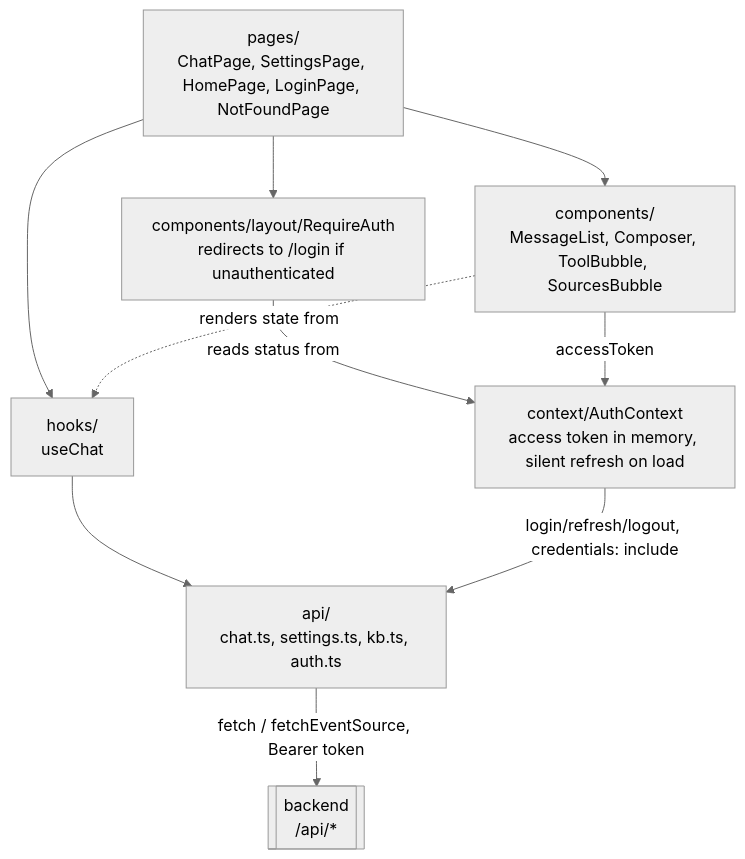
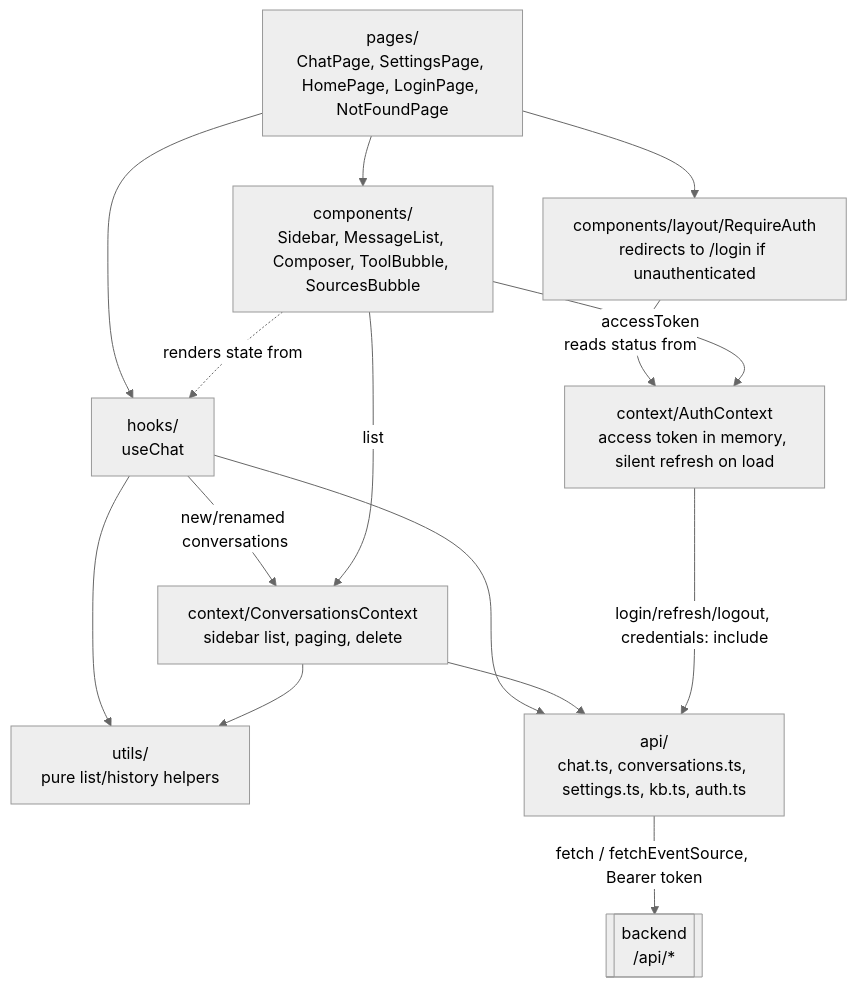
One commit to hadifar/rag changed the fourth of 5 diagrams in docs/architecture.md. Above: the diagram before and after it, drawn with Mermaid (neutral theme). The commit also changed other lines of this file and 16 other files, not shown here.

````diff
--- a/docs/architecture.md
+++ b/docs/architecture.md
@@ -117,20 +117,27 @@
 ```mermaid
 graph TD
     pages["pages/<br/>ChatPage, SettingsPage, HomePage, LoginPage, NotFoundPage"]
     guard["components/layout/RequireAuth<br/>redirects to /login if unauthenticated"]
     authctx["context/AuthContext<br/>access token in memory, silent refresh on load"]
+    convctx["context/ConversationsContext<br/>sidebar list, paging, delete"]
     hooks["hooks/<br/>useChat"]
-    apiclient["api/<br/>chat.ts, settings.ts, kb.ts, auth.ts"]
-    components["components/<br/>MessageList, Composer, ToolBubble, SourcesBubble"]
+    utils["utils/<br/>pure list/history helpers"]
+    apiclient["api/<br/>chat.ts, conversations.ts, settings.ts, kb.ts, auth.ts"]
+    components["components/<br/>Sidebar, MessageList, Composer, ToolBubble, SourcesBubble"]
     backend[["backend<br/>/api/*"]]
 
     guard -->|reads status from| authctx
     pages --> guard
     pages --> hooks
     pages --> components
     hooks --> apiclient
+    hooks -->|new/renamed conversations| convctx
+    hooks --> utils
+    convctx --> apiclient
+    convctx --> utils
+    components -->|list| convctx
     components -->|accessToken| authctx
     components -.->|renders state from| hooks
     apiclient -->|fetch / fetchEventSource, Bearer token| backend
     authctx -->|login/refresh/logout, credentials: include| apiclient
 ```
````
